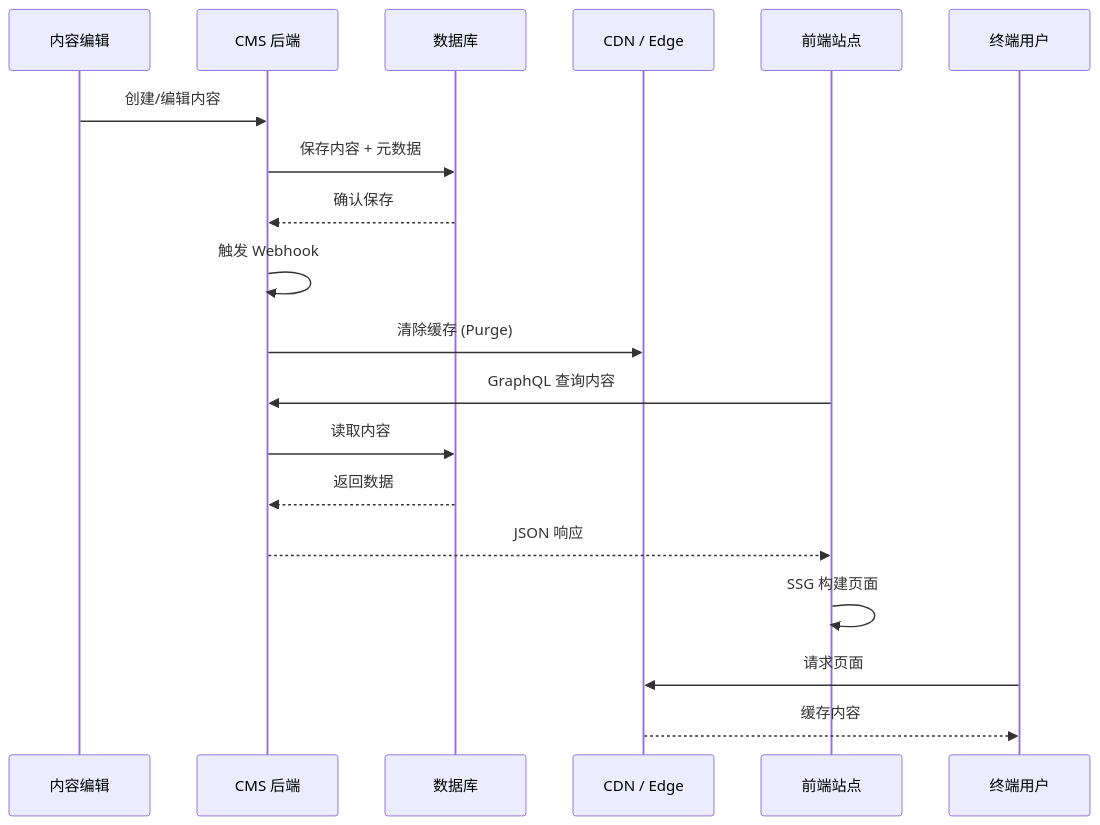
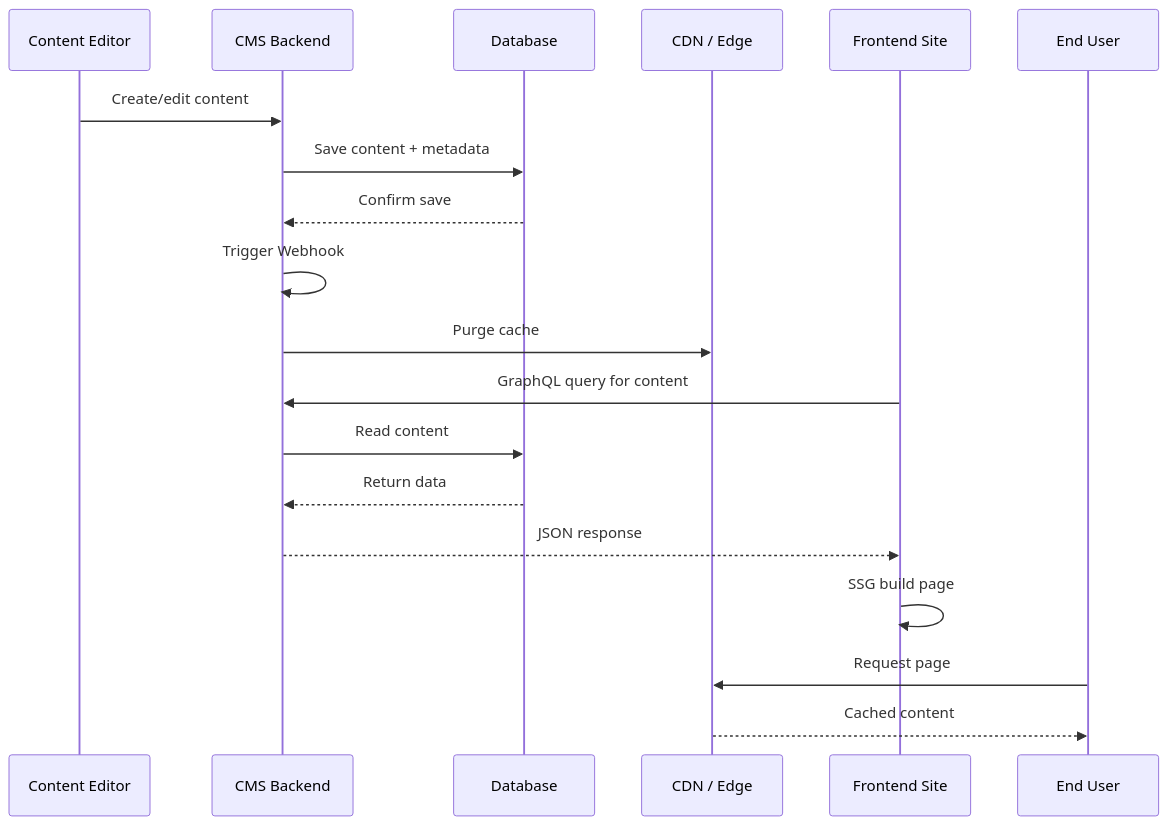
The third of 10 diagrams in tree/application/architecture/cms-architecture.md (teaglebuilt/knowledge-tree), drawn with Mermaid before and after one commit. The commit also changed other lines of this file and 8 other files, not shown here.

````diff
--- a/tree/application/architecture/cms-architecture.md
+++ b/tree/application/architecture/cms-architecture.md
@@ -215,24 +217,24 @@
 ```mermaid
 sequenceDiagram
-    participant Editor as 内容编辑
-    participant CMS as CMS 后端
-    participant DB as 数据库
+    participant Editor as Content Editor
+    participant CMS as CMS Backend
+    participant DB as Database
     participant CDN as CDN / Edge
-    participant Site as 前端站点
-    participant User as 终端用户
+    participant Site as Frontend Site
+    participant User as End User
 
-    Editor->>CMS: 创建/编辑内容
-    CMS->>DB: 保存内容 + 元数据
-    DB-->>CMS: 确认保存
-    CMS->>CMS: 触发 Webhook
-    CMS->>CDN: 清除缓存 (Purge)
+    Editor->>CMS: Create/edit content
+    CMS->>DB: Save content + metadata
+    DB-->>CMS: Confirm save
+    CMS->>CMS: Trigger Webhook
+    CMS->>CDN: Purge cache
 
-    Site->>CMS: GraphQL 查询内容
-    CMS->>DB: 读取内容
-    DB-->>CMS: 返回数据
-    CMS-->>Site: JSON 响应
-    Site->>Site: SSG 构建页面
+    Site->>CMS: GraphQL query for content
+    CMS->>DB: Read content
+    DB-->>CMS: Return data
+    CMS-->>Site: JSON response
+    Site->>Site: SSG build page
 
-    User->>CDN: 请求页面
-    CDN-->>User: 缓存内容
+    User->>CDN: Request page
+    CDN-->>User: Cached content
 ```
````
